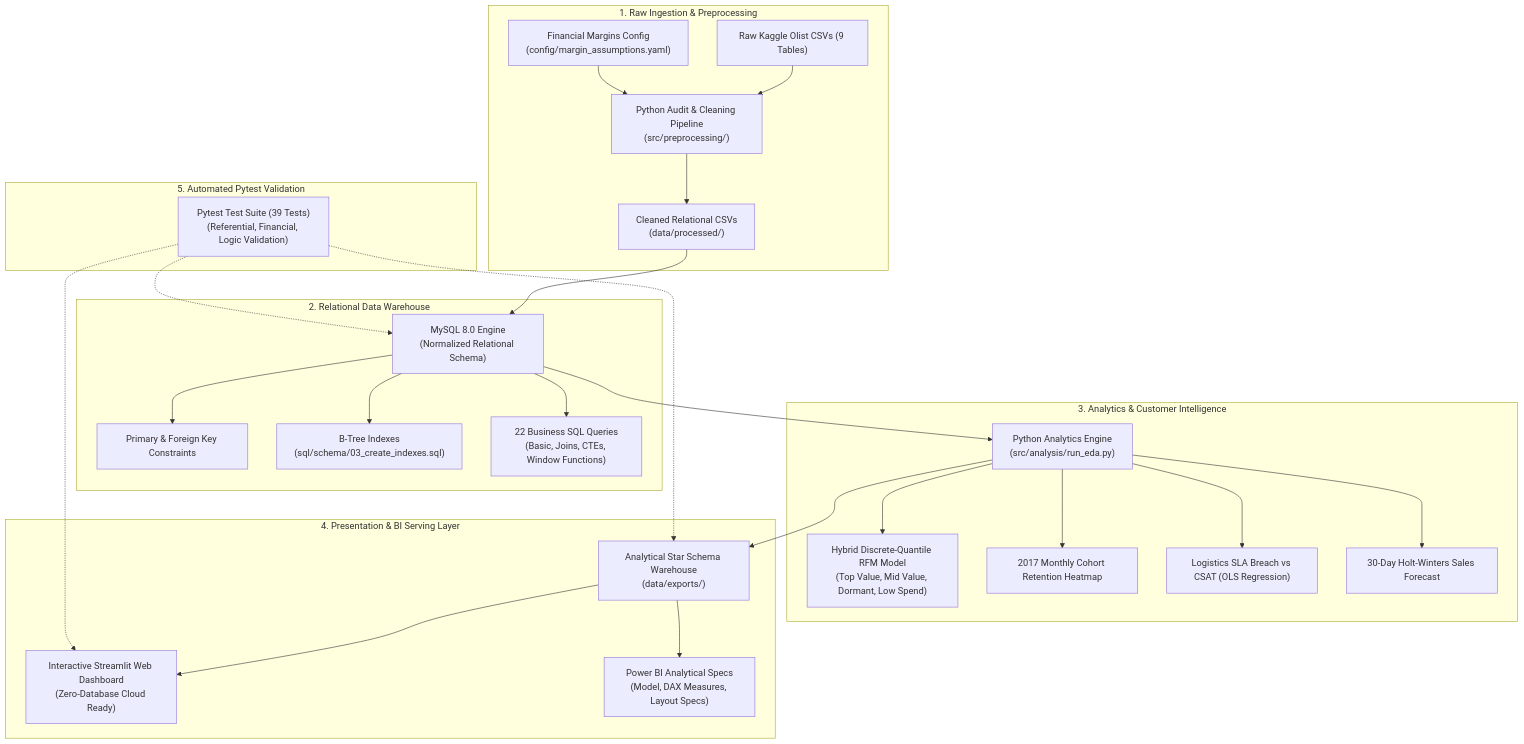
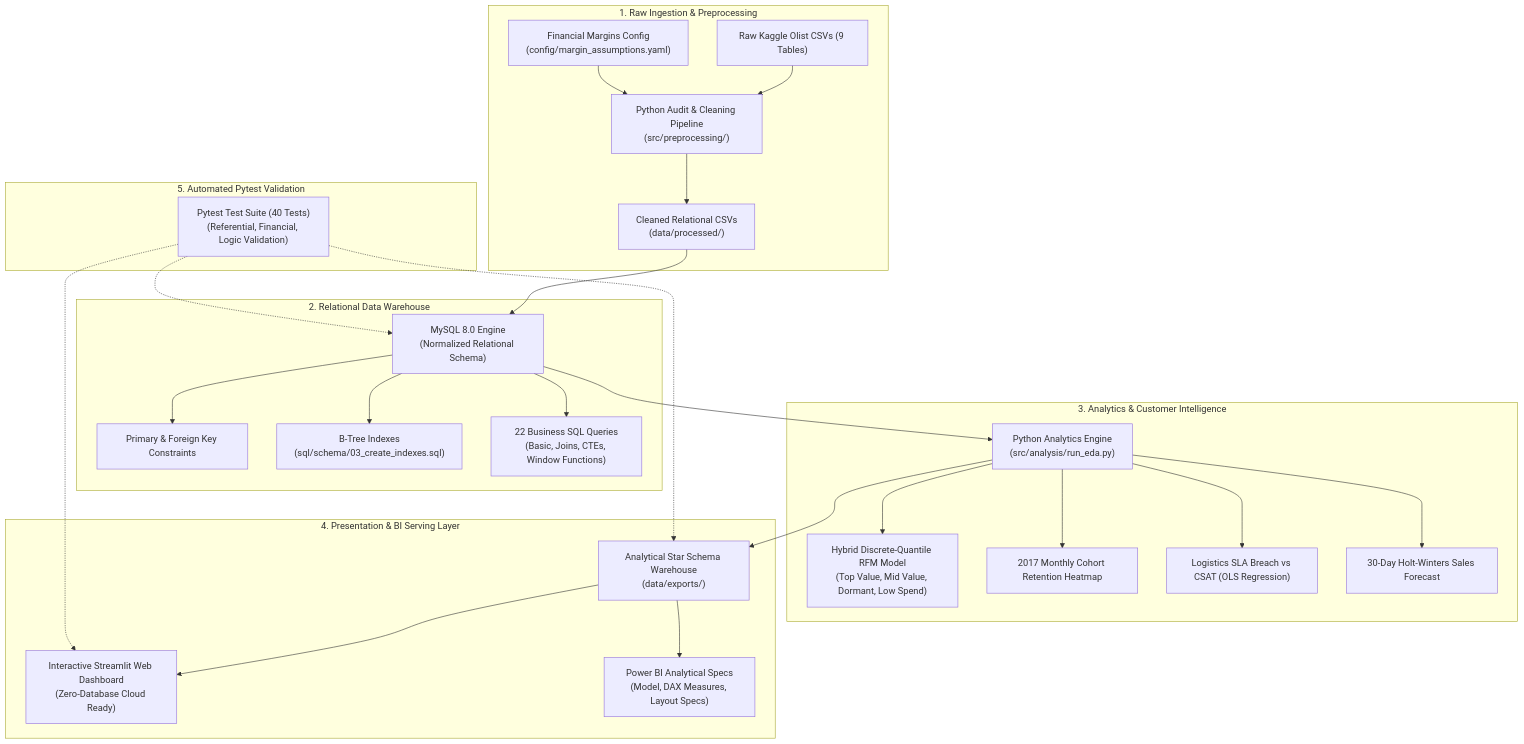
The diagram in README.md (Samk709/ecommerce-sales-customer-analytics), drawn with Mermaid before and after one commit. The commit also changed other lines of this file and 5 other files, not shown here.

````diff
--- a/README.md
+++ b/README.md
@@ -15,35 +15,35 @@
 ```mermaid
 flowchart TD
     subgraph Ingestion["1. Raw Ingestion & Preprocessing"]
         A["Raw Kaggle Olist CSVs (9 Tables)"] --> B["Python Audit & Cleaning Pipeline\n(src/preprocessing/)"]
         B --> C["Cleaned Relational CSVs\n(data/processed/)"]
         M["Financial Margins Config\n(config/margin_assumptions.yaml)"] --> B
     end
 
     subgraph Database["2. Relational Data Warehouse"]
         C --> D["MySQL 8.0 Engine\n(Normalized Relational Schema)"]
         D --> E["Primary & Foreign Key Constraints"]
         D --> F["B-Tree Indexes\n(sql/schema/03_create_indexes.sql)"]
         D --> G["22 Business SQL Queries\n(Basic, Joins, CTEs, Window Functions)"]
     end
 
     subgraph Intelligence["3. Analytics & Customer Intelligence"]
         D --> H["Python Analytics Engine\n(src/analysis/run_eda.py)"]
         H --> I["Hybrid Discrete-Quantile RFM Model\n(Top Value, Mid Value, Dormant, Low Spend)"]
         H --> J["2017 Monthly Cohort Retention Heatmap"]
         H --> K["Logistics SLA Breach vs CSAT (OLS Regression)"]
         H --> L["30-Day Holt-Winters Sales Forecast"]
     end
 
     subgraph Serving["4. Presentation & BI Serving Layer"]
         H --> N["Analytical Star Schema Warehouse\n(data/exports/)"]
         N --> O["Interactive Streamlit Web Dashboard\n(Zero-Database Cloud Ready)"]
         N --> P["Power BI Analytical Specs\n(Model, DAX Measures, Layout Specs)"]
     end
 
     subgraph Quality["5. Automated Pytest Validation"]
-        Q["Pytest Test Suite (39 Tests)\n(Referential, Financial, Logic Validation)"] -.-> D
+        Q["Pytest Test Suite (40 Tests)\n(Referential, Financial, Logic Validation)"] -.-> D
         Q -.-> N
         Q -.-> O
     end
 ```
````
